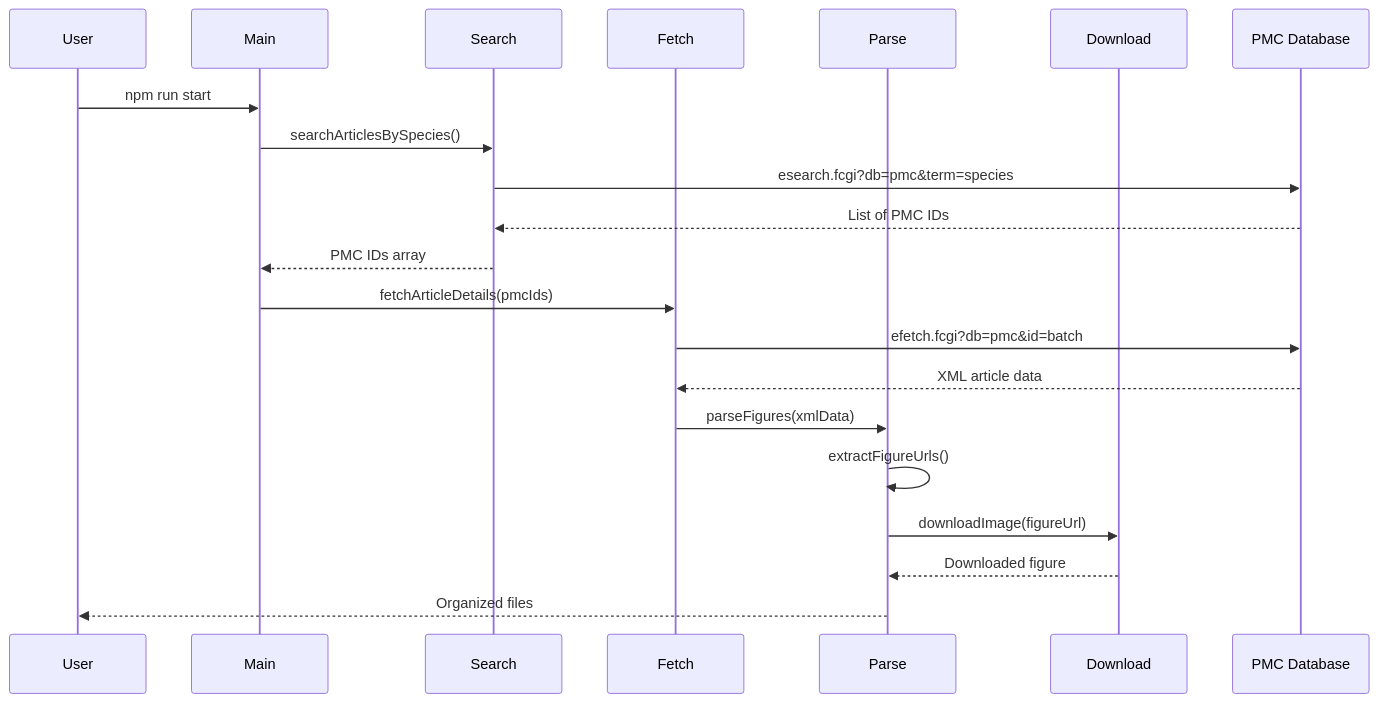
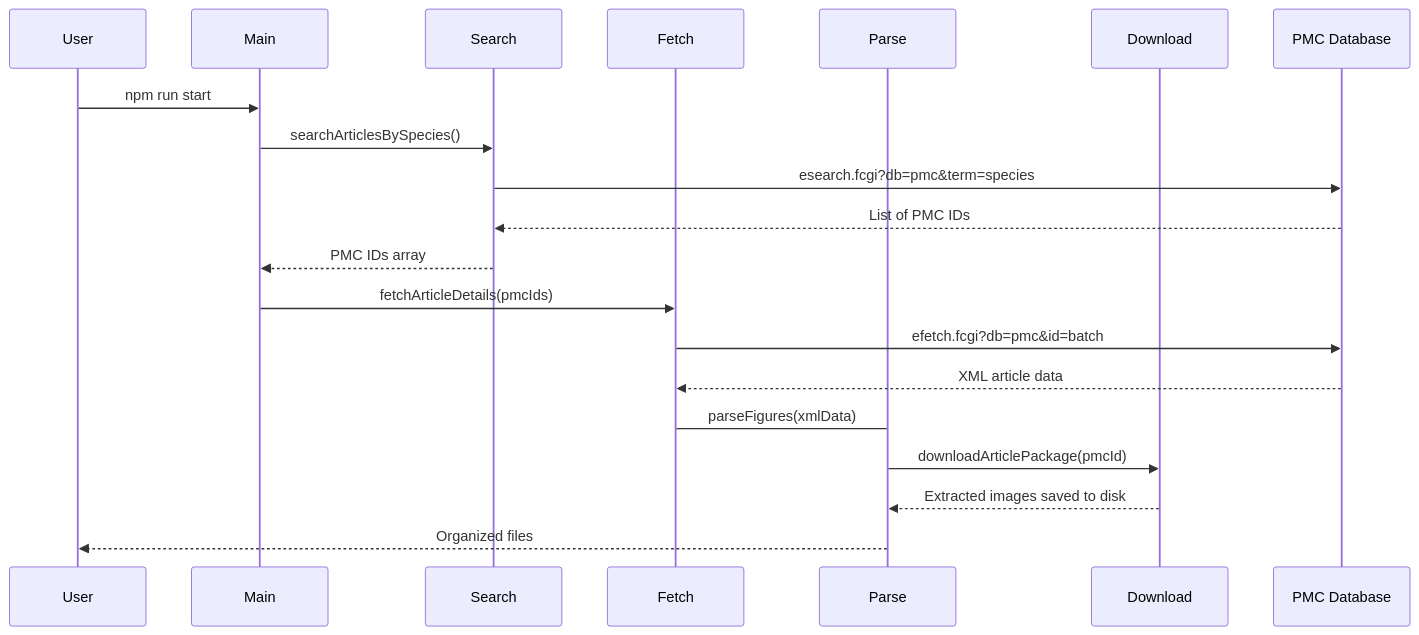
One commit to AlexJSully/Publication-Figure-Retrieval changed the second of 2 diagrams in docs/index.md. Above: the diagram before and after it, drawn with Mermaid. The commit also changed other lines of this file and 26 other files, not shown here.

Commit message:
Fixed unable to download images (#233)

````diff
--- a/docs/index.md
+++ b/docs/index.md
@@ -124,26 +124,25 @@
 ```mermaid
 sequenceDiagram
     participant User
     participant Main
     participant Search
     participant Fetch
     participant Parse
     participant Download
     participant PMC as PMC Database
 
     User->>Main: npm run start
     Main->>Search: searchArticlesBySpecies()
     Search->>PMC: esearch.fcgi?db=pmc&term=species
     PMC-->>Search: List of PMC IDs
     Search-->>Main: PMC IDs array
 
     Main->>Fetch: fetchArticleDetails(pmcIds)
     Fetch->>PMC: efetch.fcgi?db=pmc&id=batch
     PMC-->>Fetch: XML article data
 
-    Fetch->>Parse: parseFigures(xmlData)
-    Parse->>Parse: extractFigureUrls()
-    Parse->>Download: downloadImage(figureUrl)
-    Download-->>Parse: Downloaded figure
+    Fetch->Parse: parseFigures(xmlData)
+    Parse->>Download: downloadArticlePackage(pmcId)
+    Download-->>Parse: Extracted images saved to disk
     Parse-->>User: Organized files
 ```
````
